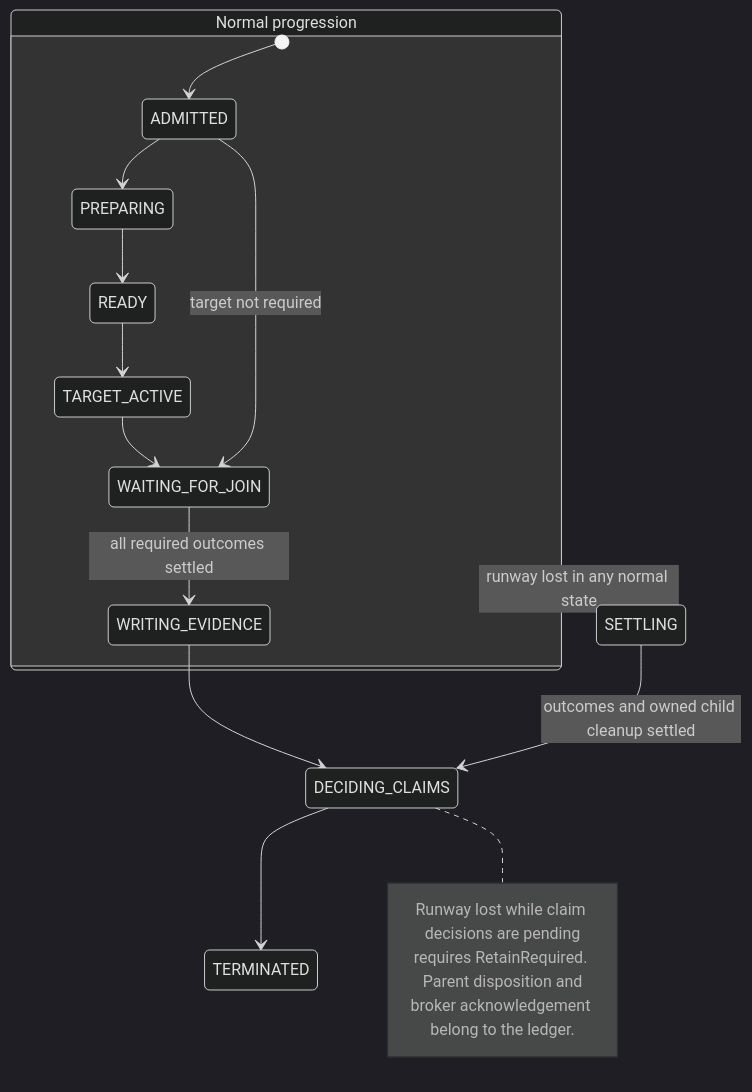
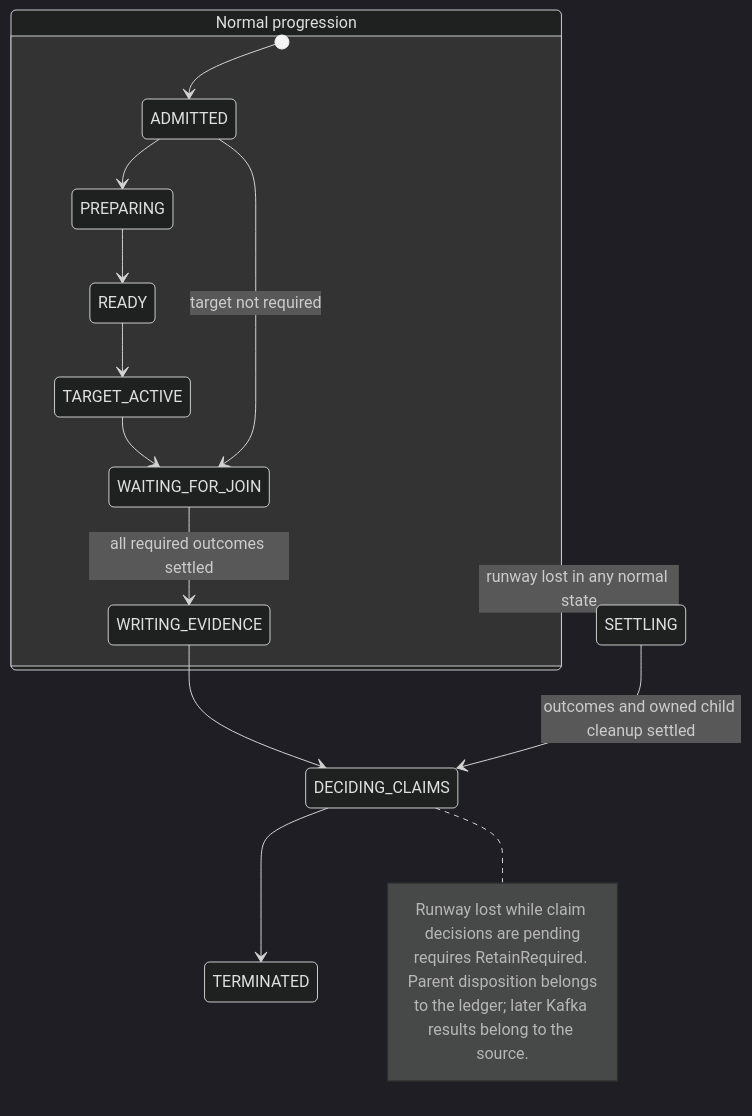
The fourth of 4 diagrams in docs/replayerProcessingAndCommitArchitecture.md (opensearch-project/opensearch-migrations), drawn with Mermaid (dark theme) before and after one commit. The commit also changed other lines of this file and 62 other files, not shown here.

````diff
--- a/docs/replayerProcessingAndCommitArchitecture.md
+++ b/docs/replayerProcessingAndCommitArchitecture.md
@@ -1776,22 +1804,22 @@
 ```mermaid
 stateDiagram-v2
     direction TB
     state "Normal progression" as RUNNING {
         [*] --> ADMITTED
         ADMITTED --> PREPARING
         PREPARING --> READY
         READY --> TARGET_ACTIVE
         TARGET_ACTIVE --> WAITING_FOR_JOIN
         ADMITTED --> WAITING_FOR_JOIN: target not required
         WAITING_FOR_JOIN --> WRITING_EVIDENCE: all required outcomes settled
     }
     RUNNING --> SETTLING: runway lost in any normal state
     WRITING_EVIDENCE --> DECIDING_CLAIMS
     SETTLING --> DECIDING_CLAIMS: outcomes and owned child cleanup settled
     DECIDING_CLAIMS --> TERMINATED
     note right of DECIDING_CLAIMS
         Runway lost while claim decisions are pending
-        requires RetainRequired. Parent disposition and
-        broker acknowledgement belong to the ledger.
+        requires RetainRequired. Parent disposition belongs
+        to the ledger; later Kafka results belong to the source.
     end note
 ```
````
